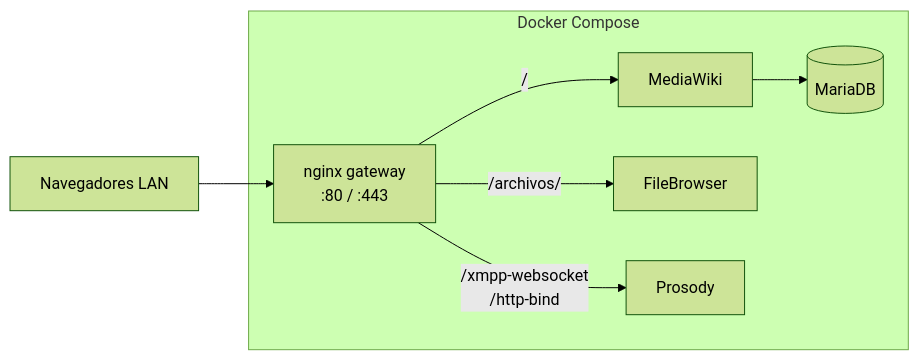
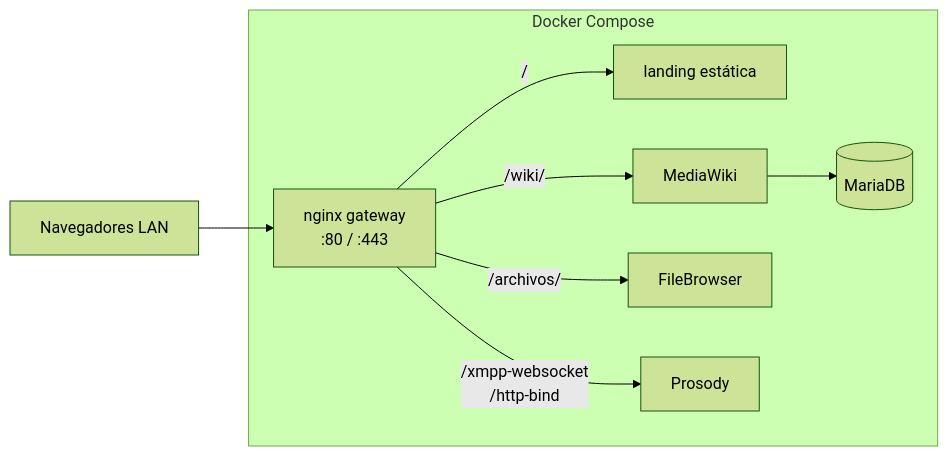
Before and after one commit to mebordone/pimienta_negra: the diagram in docs/arquitectura.md, drawn with Mermaid (forest theme). The commit also changed other lines of this file and 7 other files, not shown here.

First line of the commit message:
docs: CHANGELOG, README, Roadmap y guías con landing y /wiki/

````diff
--- a/docs/arquitectura.md
+++ b/docs/arquitectura.md
@@ -7,15 +7,17 @@
 ```mermaid
 flowchart LR
   subgraph docker["Docker Compose"]
     GW["nginx gateway\n:80 / :443"]
+    L[landing estática]
     W[MediaWiki]
     FB[FileBrowser]
     P[Prosody]
     DB[(MariaDB)]
   end
   Celu[Navegadores LAN] --> GW
-  GW -->|"/"| W
+  GW -->|"/"| L
+  GW -->|"/wiki/"| W
   GW -->|"/archivos/"| FB
   GW -->|"/xmpp-websocket\n/http-bind"| P
   W --> DB
 ```
````
